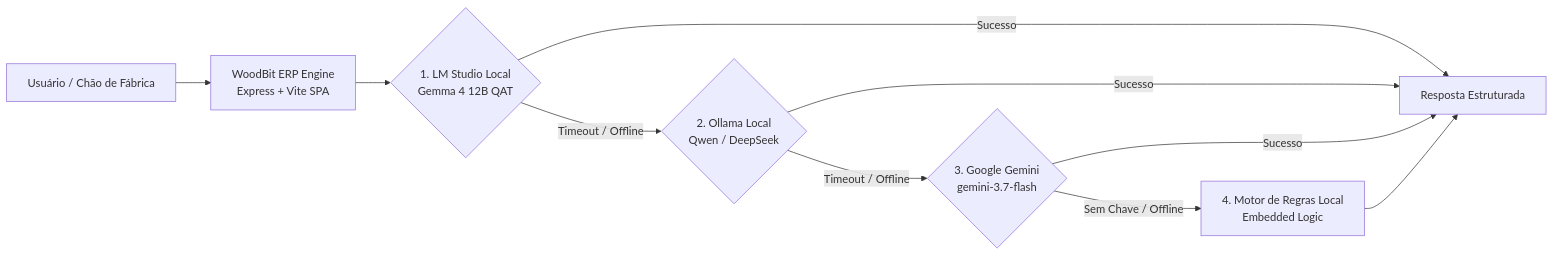
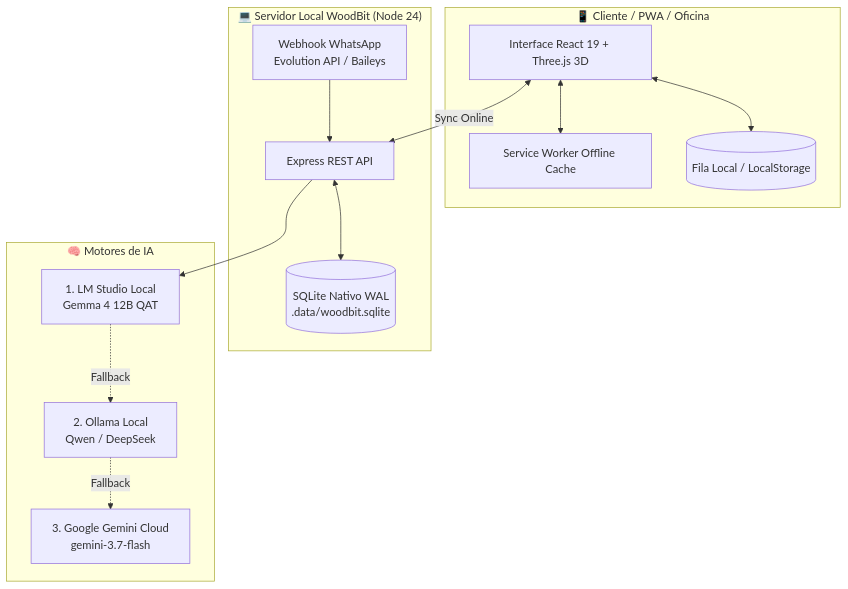
Before and after one commit to Adriano-Lengruber/WoodBit: the diagram in README.md, drawn with Mermaid. The commit also changed other lines of this file and 18 other files, not shown here.

Commit message:
feat: implement native SQLite persistence, Three.js 3D WebGL viewer, PWA offline field sync, and WhatsApp Evolution API gateway

````diff
--- a/README.md
+++ b/README.md
@@ -40,12 +43,29 @@
 ```mermaid
-flowchart LR
-    A[Usuário / Chão de Fábrica] --> B[WoodBit ERP Engine\nExpress + Vite SPA]
-    B --> C{1. LM Studio Local\nGemma 4 12B QAT}
-    C -->|Sucesso| Z[Resposta Estruturada]
-    C -->|Timeout / Offline| D{2. Ollama Local\nQwen / DeepSeek}
-    D -->|Sucesso| Z
-    D -->|Timeout / Offline| E{3. Google Gemini\ngemini-3.7-flash}
-    E -->|Sucesso| Z
-    E -->|Sem Chave / Offline| F[4. Motor de Regras Local\nEmbedded Logic]
-    F --> Z
+flowchart TD
+    subgraph Cliente["📱 Cliente / PWA / Oficina"]
+        UI[Interface React 19 + Three.js 3D]
+        SW[Service Worker Offline Cache]
+        LS[(Fila Local / LocalStorage)]
+    end
+
+    subgraph Backend["💻 Servidor Local WoodBit (Node 24)"]
+        API[Express REST API]
+        DB[(SQLite Nativo WAL\n.data/woodbit.sqlite)]
+        WH[Webhook WhatsApp\nEvolution API / Baileys]
+    end
+
+    subgraph IA["🧠 Motores de IA"]
+        LM[1. LM Studio Local\nGemma 4 12B QAT]
+        OL[2. Ollama Local\nQwen / DeepSeek]
+        GEM[3. Google Gemini Cloud\ngemini-3.7-flash]
+    end
+
+    UI <--> SW
+    UI <--> LS
+    UI <-->|Sync Online| API
+    WH --> API
+    API <--> DB
+    API --> LM
+    LM -.->|Fallback| OL
+    OL -.->|Fallback| GEM
 ```
````
